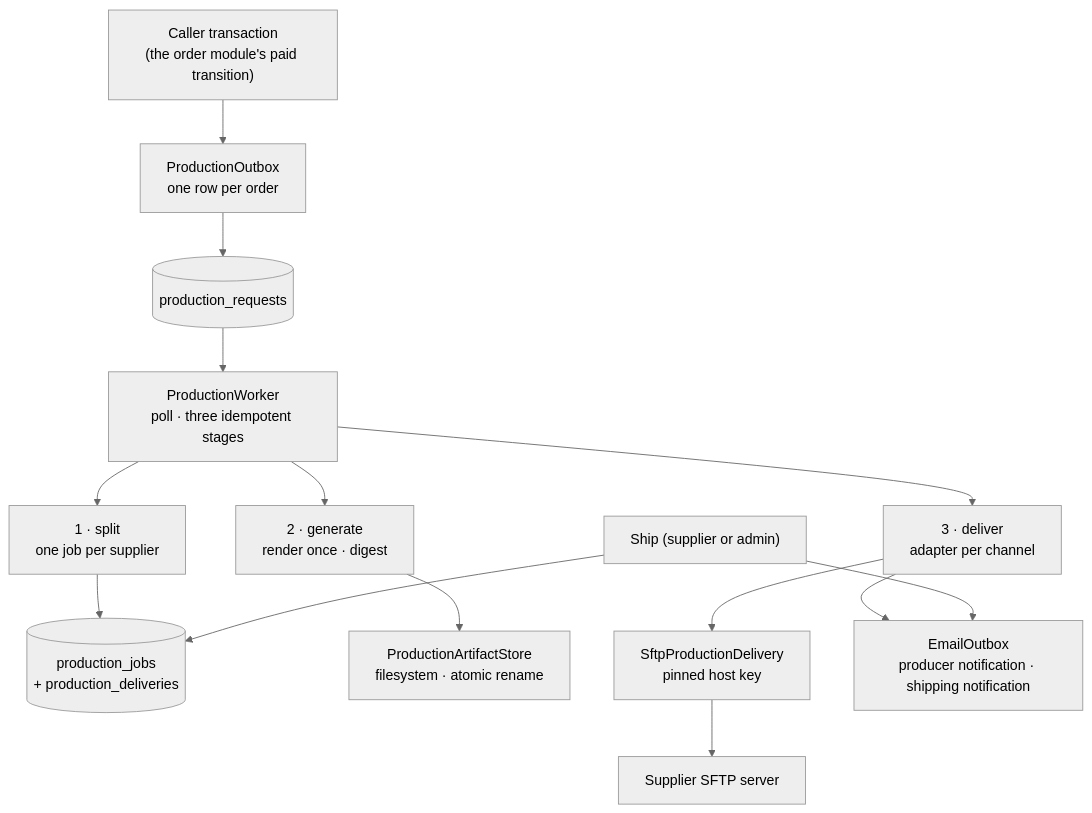
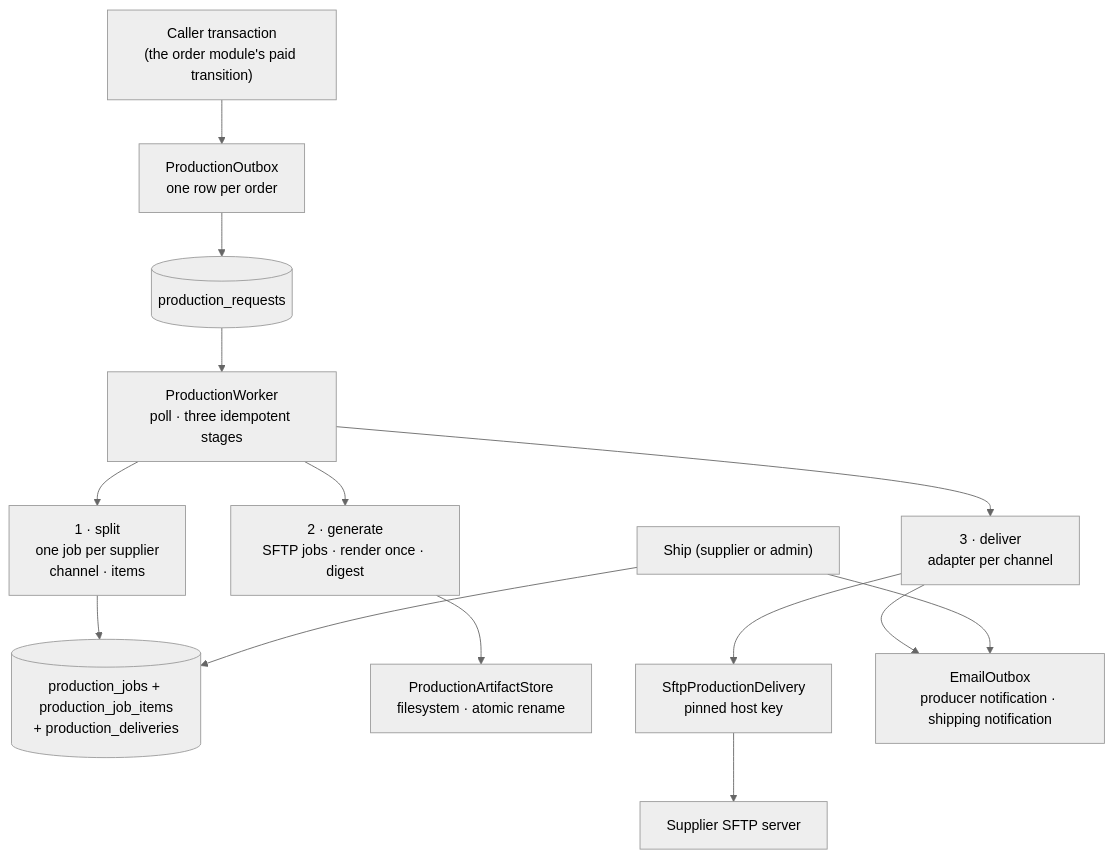
The first of 2 diagrams in docs/dev/backend/production-package.md (bitstorm-tech/voenix-shop-kotlin), drawn with Mermaid (neutral theme) before and after one commit. The commit also changed other lines of this file and 20 other files, not shown here.

First line of the commit message:
T09: channel-aware job lifecycle - split snapshot and prepared_at guard (#214)

````diff
--- a/docs/dev/backend/production-package.md
+++ b/docs/dev/backend/production-package.md
@@ -53,24 +54,24 @@
 ```mermaid
 flowchart TB
     Caller["Caller transaction<br/>(the order module's paid transition)"]
     Outbox["ProductionOutbox<br/>one row per order"]
     Requests[("production_requests")]
     Worker["ProductionWorker<br/>poll · three idempotent stages"]
-    Split["1 · split<br/>one job per supplier"]
-    Jobs[("production_jobs<br/>+ production_deliveries")]
-    Generate["2 · generate<br/>render once · digest"]
+    Split["1 · split<br/>one job per supplier<br/>channel · items"]
+    Jobs[("production_jobs + production_job_items<br/>+ production_deliveries")]
+    Generate["2 · generate<br/>SFTP jobs · render once · digest"]
     Store["ProductionArtifactStore<br/>filesystem · atomic rename"]
     Deliver["3 · deliver<br/>adapter per channel"]
     Sftp["SftpProductionDelivery<br/>pinned host key"]
     Server["Supplier SFTP server"]
     Email["EmailOutbox<br/>producer notification · shipping notification"]
     Ship["Ship (supplier or admin)"]
 
     Caller --> Outbox --> Requests --> Worker
     Worker --> Split --> Jobs
     Worker --> Generate --> Store
     Worker --> Deliver --> Sftp --> Server
     Deliver --> Email
     Ship --> Jobs
     Ship --> Email
 ```
````
